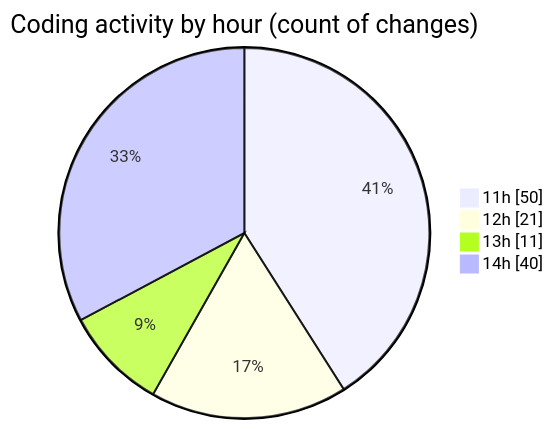
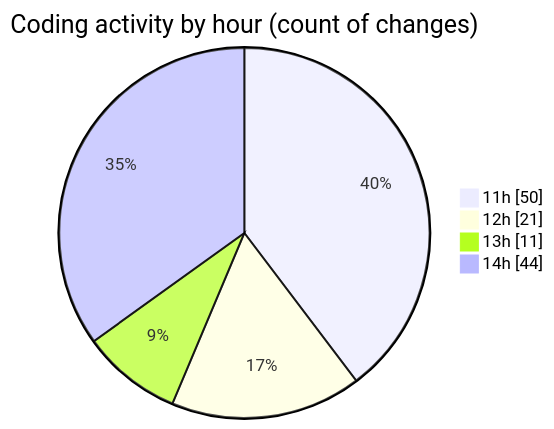
Before and after one commit to tmsrecording-cyber/code-tracking: the second of 2 diagrams in 2026-02-06/singularitybrainai/README.md, drawn with Mermaid. The commit also changed other lines of this file and 1 other file, not shown here.

````diff
--- a/2026-02-06/singularitybrainai/README.md
+++ b/2026-02-06/singularitybrainai/README.md
@@ -41,8 +41,8 @@
 ```mermaid
 pie showData
 title Coding activity by hour (count of changes)
 "11h" : 50
 "12h" : 21
 "13h" : 11
-"14h" : 40
+"14h" : 44
 ```
````
